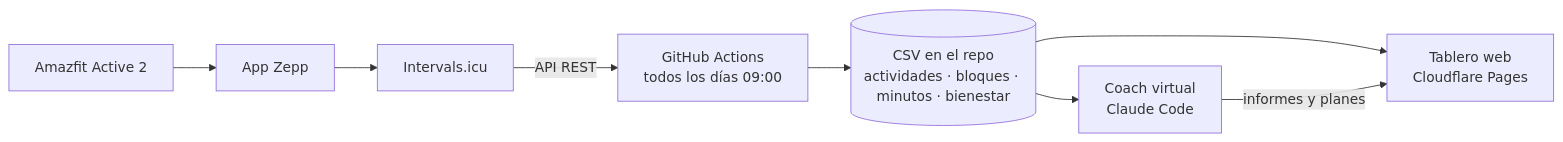
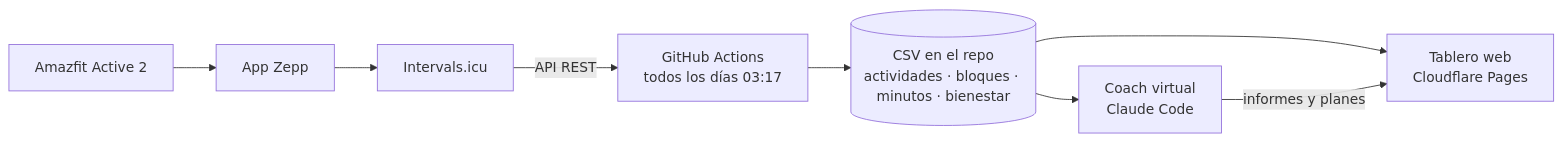
Before and after one commit to jpzingoni/stats-training: the diagram in README.md, drawn with Mermaid. The commit also changed 2 other files, not shown here.

Commit message:
ci: el workflow diario corre a las 03:17 de Argentina (06:17 UTC)
GitHub demoraba la corrida de las 09:00 entre 2 y 6 horas. De madrugada la fecha UTC
coincide con la de Argentina ("hasta ayer" sigue siendo ayer) y, aun con demora, los
datos del día anterior están a la mañana. El minuto 17 evita la cola de la hora en punto.

````diff
--- a/README.md
+++ b/README.md
@@ -11,10 +11,10 @@
 ```mermaid
 flowchart LR
     A[Amazfit Active 2] --> B[App Zepp]
     B --> C[Intervals.icu]
-    C -- API REST --> D[GitHub Actions<br/>todos los días 09:00]
+    C -- API REST --> D[GitHub Actions<br/>todos los días 03:17]
     D --> E[(CSV en el repo<br/>actividades · bloques · minutos · bienestar)]
     E --> F[Tablero web<br/>Cloudflare Pages]
     E --> G[Coach virtual<br/>Claude Code]
     G -- informes y planes --> F
 ```
````
